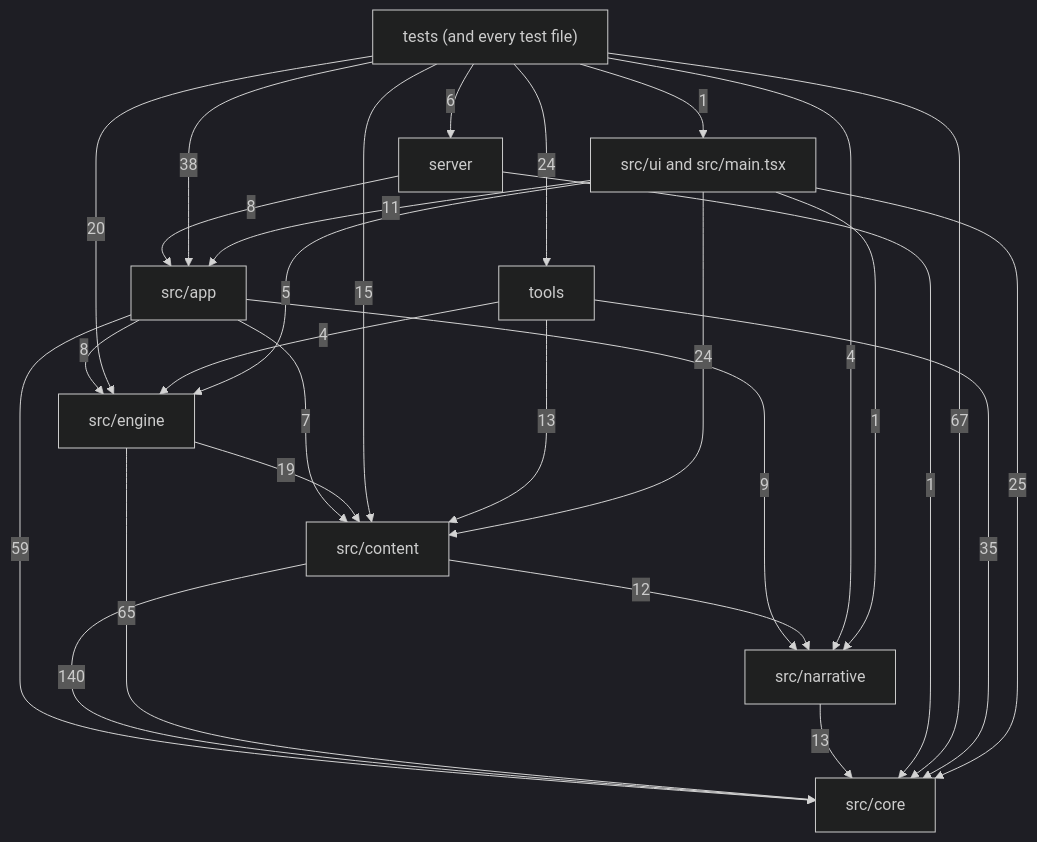
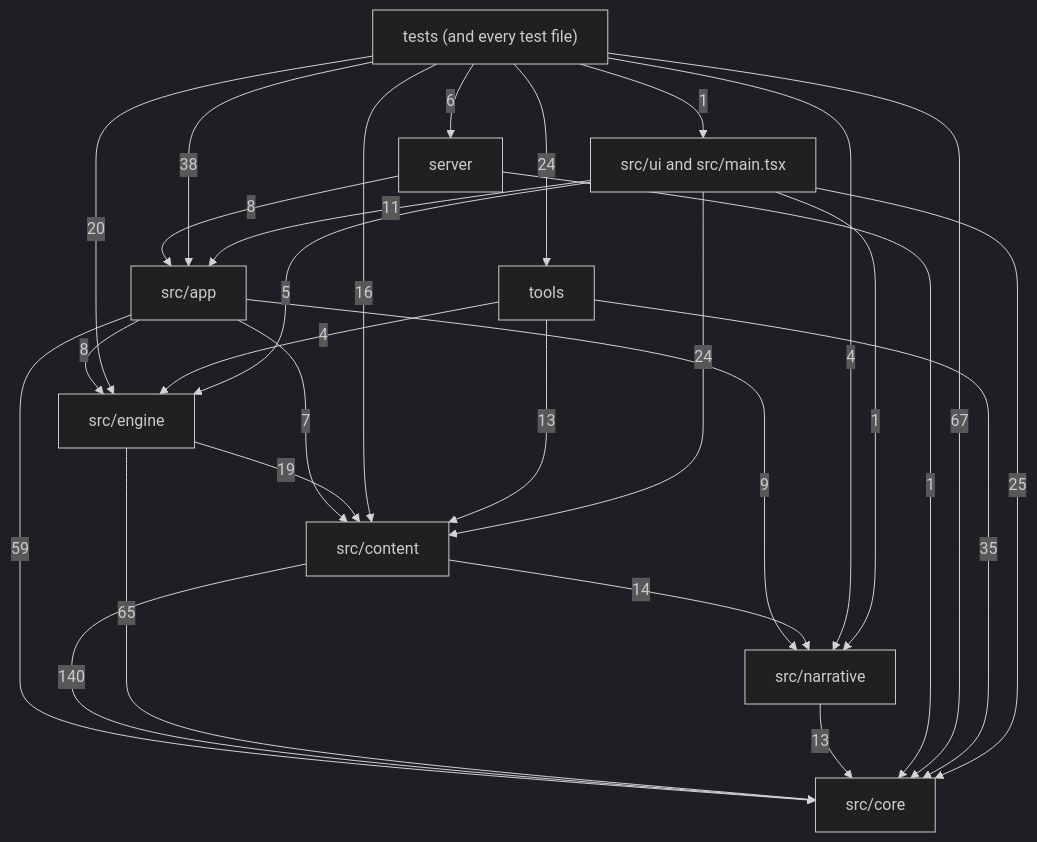
Before and after one commit to OrangeB0lt/Cyber-funk: the diagram in docs/reference/code-map/README.md, drawn with Mermaid (dark theme). The commit also changed other lines of this file and 21 other files, not shown here.

````diff
--- a/docs/reference/code-map/README.md
+++ b/docs/reference/code-map/README.md
@@ -29,39 +29,39 @@
 ```mermaid
 flowchart TD
   core["src/core"]
   narrative["src/narrative"]
   content["src/content"]
   engine["src/engine"]
   app["src/app"]
   ui["src/ui and src/main.tsx"]
   server["server"]
   tools["tools"]
   tests["tests (and every test file)"]
   app -->|7| content
   app -->|59| core
   app -->|8| engine
   app -->|9| narrative
   content -->|140| core
-  content -->|12| narrative
+  content -->|14| narrative
   engine -->|19| content
   engine -->|65| core
   narrative -->|13| core
   server -->|8| app
   server -->|1| core
   tests -->|38| app
-  tests -->|15| content
+  tests -->|16| content
   tests -->|67| core
   tests -->|20| engine
   tests -->|4| narrative
   tests -->|6| server
   tests -->|24| tools
   tests -->|1| ui
   tools -->|13| content
   tools -->|35| core
   tools -->|4| engine
   ui -->|11| app
   ui -->|24| content
   ui -->|25| core
   ui -->|5| engine
   ui -->|1| narrative
 ```
````
